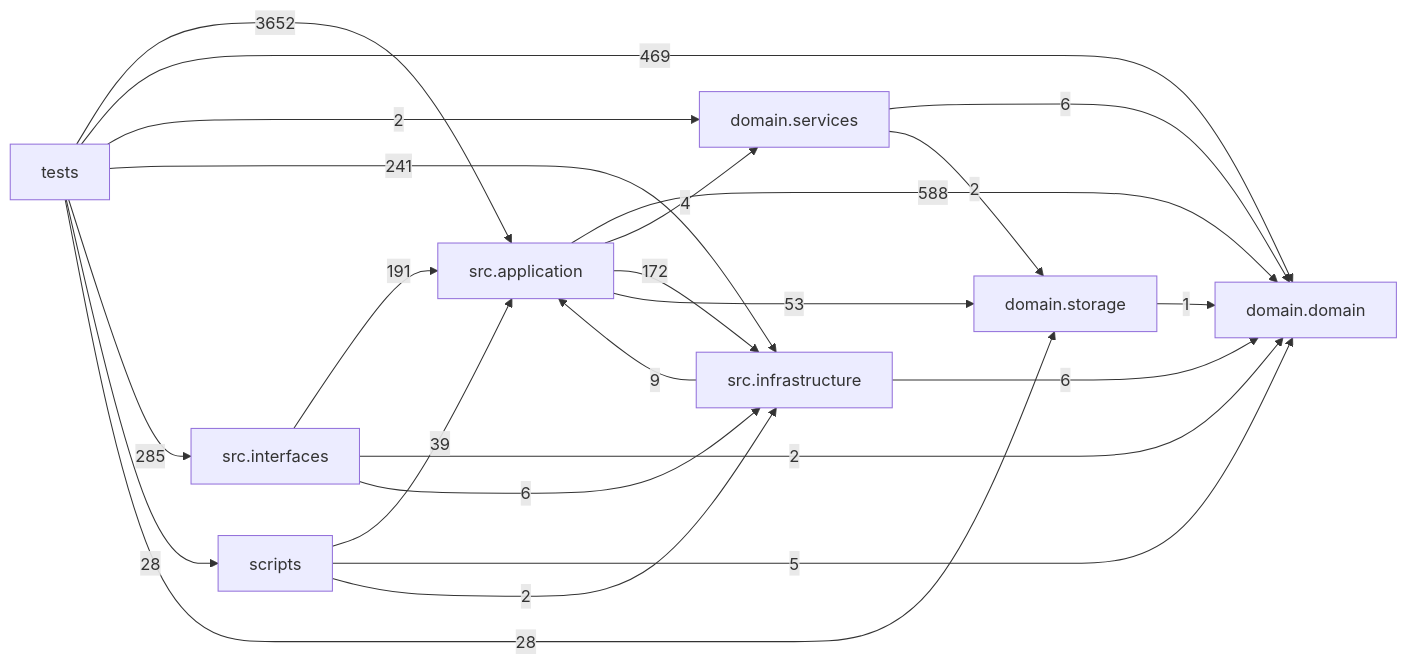
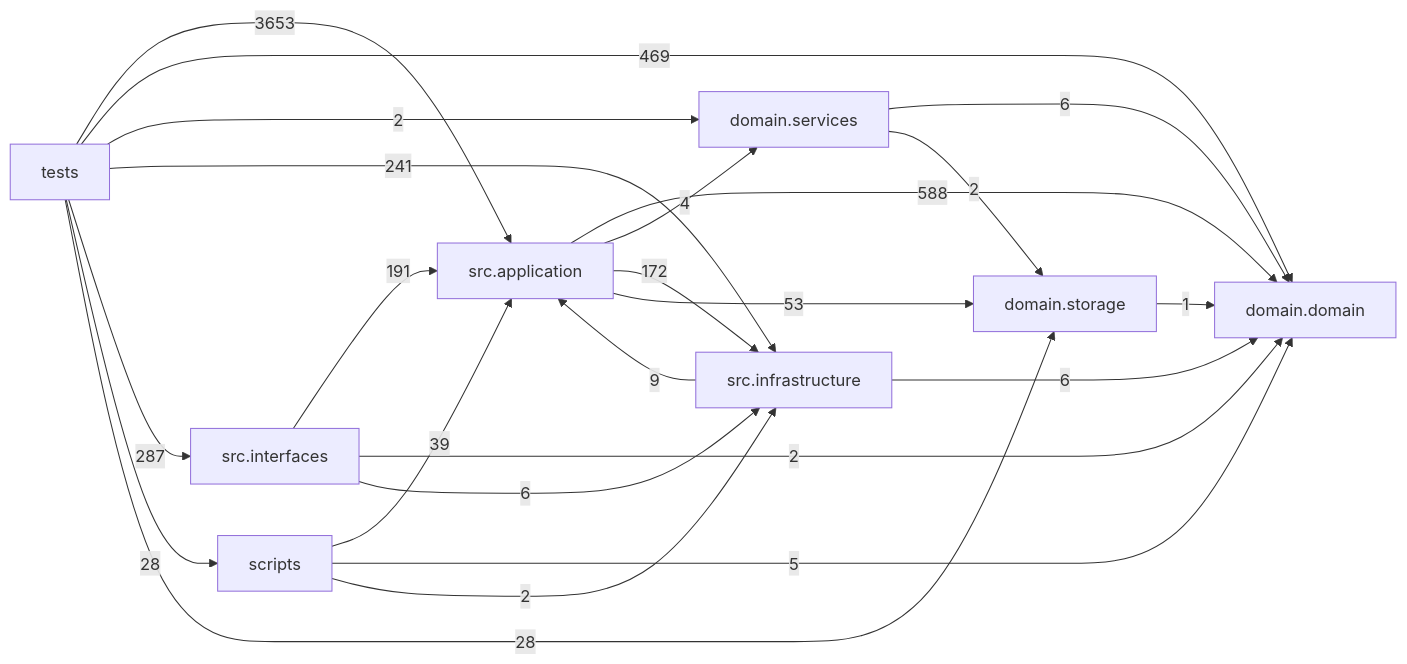
One commit to liuxie066/options-monitor changed the diagram in docs/DEPENDENCY_GRAPH.md. Above: the diagram before and after it, drawn with Mermaid. The commit also changed other lines of this file and 1 other file, not shown here.

````diff
--- a/docs/DEPENDENCY_GRAPH.md
+++ b/docs/DEPENDENCY_GRAPH.md
@@ -24,33 +24,33 @@
 ```mermaid
 flowchart LR
   tests["tests"]
   scripts["scripts"]
   interfaces["src.interfaces"]
   application["src.application"]
   infrastructure["src.infrastructure"]
   domain_services["domain.services"]
   domain["domain.domain"]
   storage["domain.storage"]
   application -->|588| domain
   application -->|4| domain_services
   application -->|172| infrastructure
   application -->|53| storage
   domain_services -->|6| domain
   domain_services -->|2| storage
   infrastructure -->|9| application
   infrastructure -->|6| domain
   interfaces -->|191| application
   interfaces -->|2| domain
   interfaces -->|6| infrastructure
   scripts -->|39| application
   scripts -->|5| domain
   scripts -->|2| infrastructure
   storage -->|1| domain
-  tests -->|3652| application
+  tests -->|3653| application
   tests -->|469| domain
   tests -->|2| domain_services
   tests -->|241| infrastructure
-  tests -->|285| interfaces
+  tests -->|287| interfaces
   tests -->|28| scripts
   tests -->|28| storage
 ```
````
